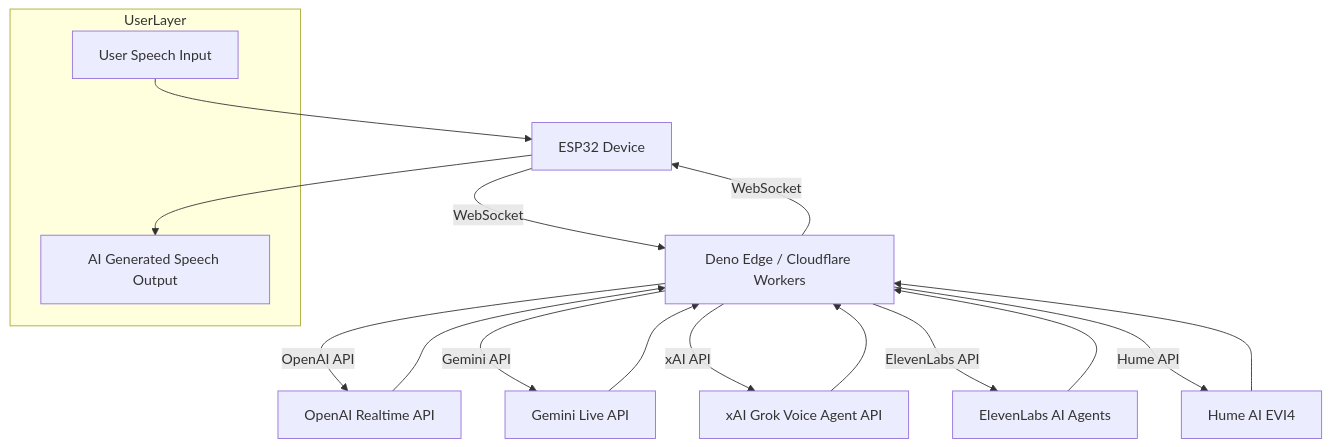
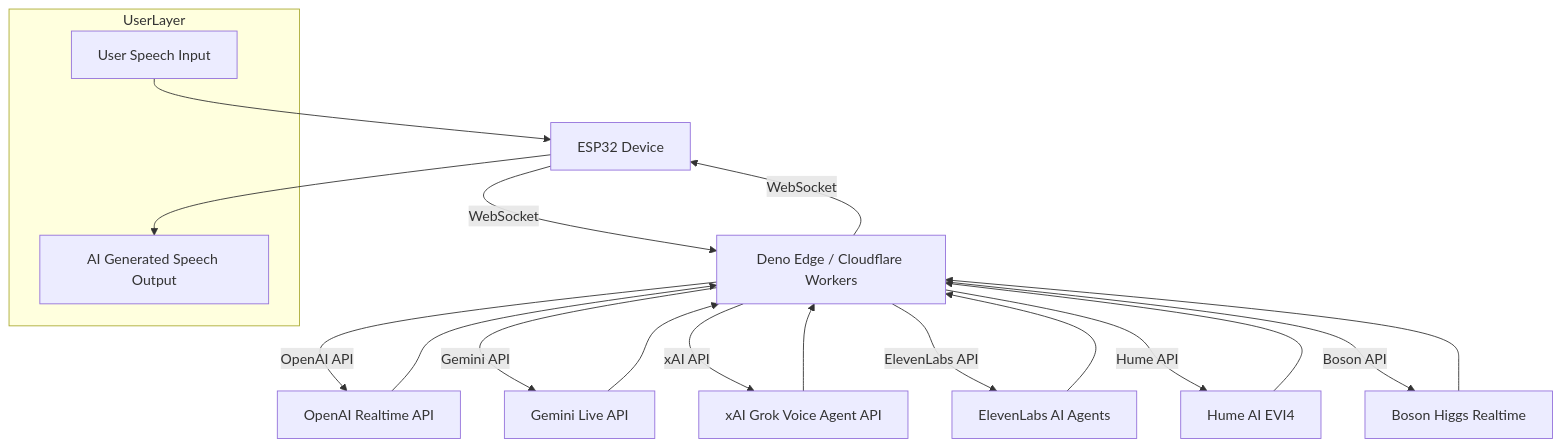
Before and after one commit to akdeb/ElatoAI: the first of 2 diagrams in README.md, drawn with Mermaid. The commit also changed other lines of this file and 7 other files, not shown here.

````diff
--- a/README.md
+++ b/README.md
@@ -134,22 +135,24 @@
 ```mermaid
 flowchart TD
   subgraph UserLayer
     UserInput[User Speech Input]
     UserOutput[AI Generated Speech Output]
   end
   
   UserInput --> ESP32
   ESP32[ESP32 Device] -->|WebSocket| Edge[Deno Edge / Cloudflare Workers]
   Edge -->|OpenAI API| OpenAI[OpenAI Realtime API]
   Edge -->|Gemini API| Gemini[Gemini Live API]
   Edge -->|xAI API| xAI[xAI Grok Voice Agent API]
   Edge -->|ElevenLabs API| ElevenLabs[ElevenLabs AI Agents]
   Edge -->|Hume API| Hume[Hume AI EVI4]
+  Edge -->|Boson API| Boson[Boson Higgs Realtime]
   OpenAI --> Edge
   Gemini --> Edge
   xAI --> Edge
   ElevenLabs --> Edge
   Hume --> Edge
+  Boson --> Edge
   Edge -->|WebSocket| ESP32
   ESP32 --> UserOutput
 ```
````
